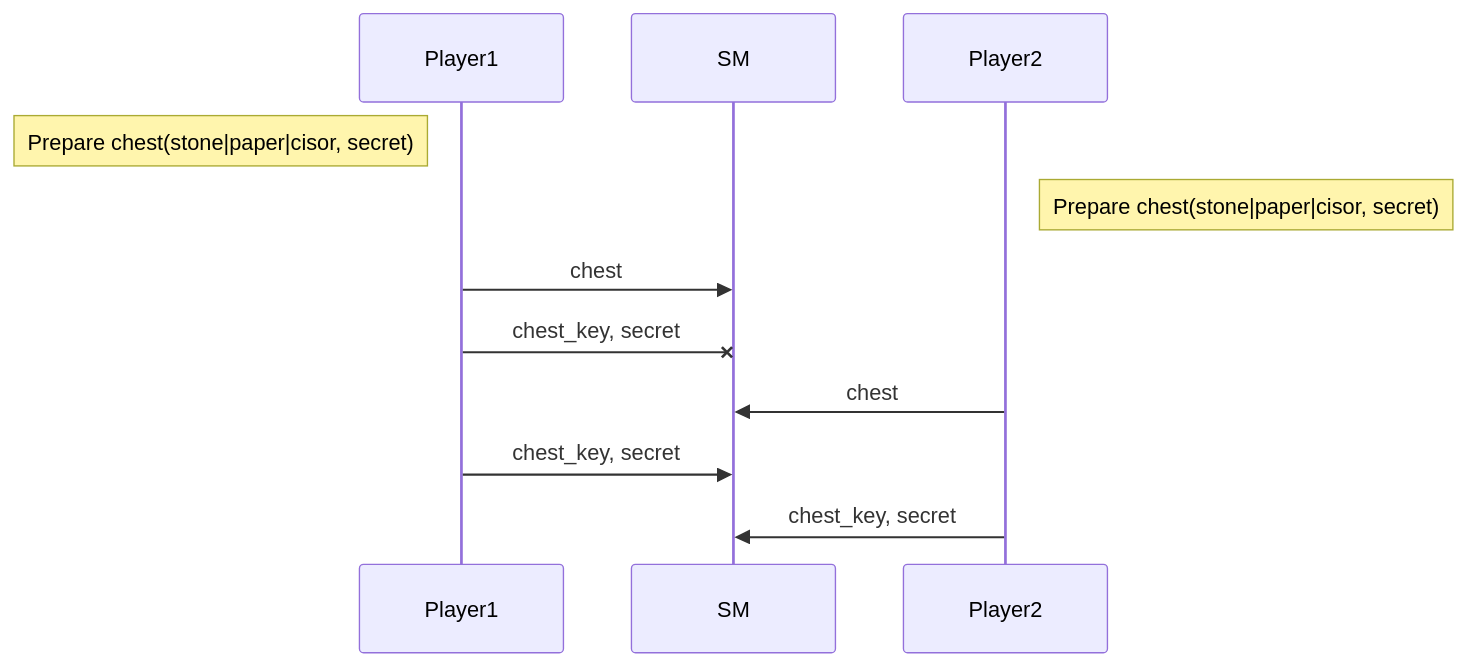
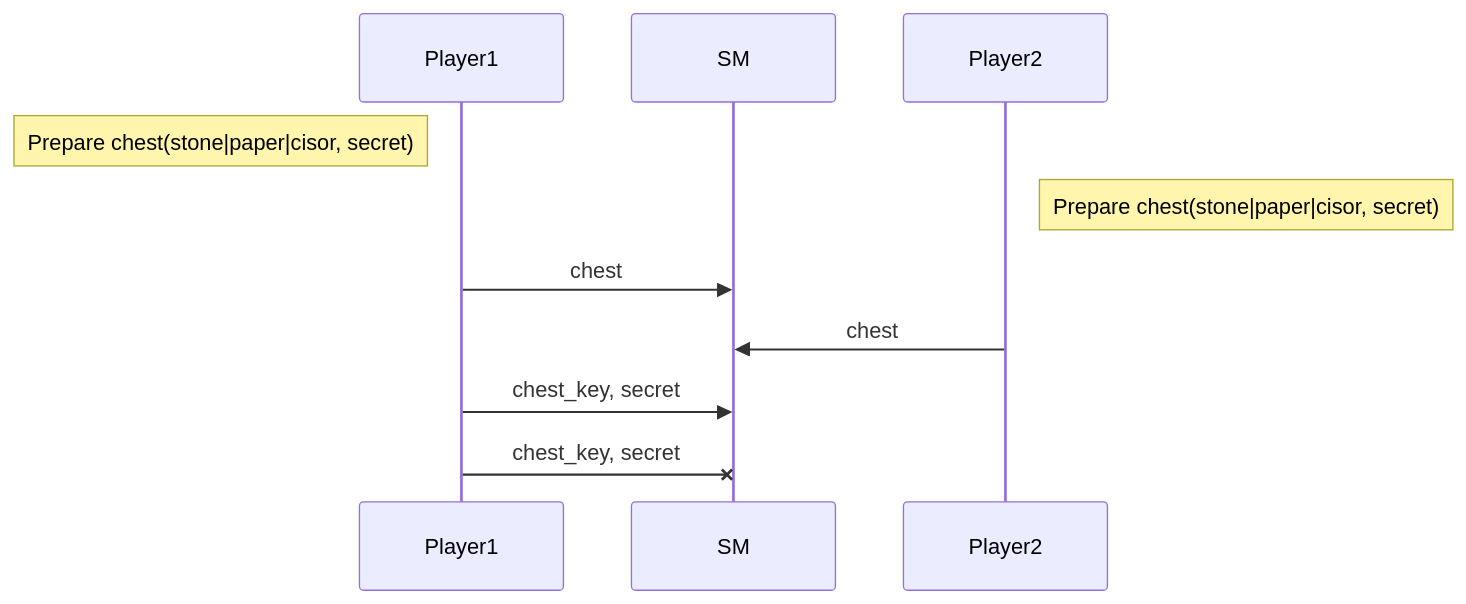
One commit to ligolang/jsligo-training-dapp-shifumi changed the fourth of 4 diagrams in README.md. Above: the diagram before and after it, drawn with Mermaid. The commit also changed other lines of this file, not shown here.

````diff
--- a/README.md
+++ b/README.md
@@ -44,13 +74,12 @@
 ```mermaid
 sequenceDiagram
   participant Player1
   participant SM
   participant Player2
   Note left of Player1: Prepare chest(stone|paper|cisor, secret)
   Note right of Player2: Prepare chest(stone|paper|cisor, secret)
   Player1->>SM: chest
-  Player1-xSM: chest_key, secret
   Player2->>SM: chest
   Player1->>SM: chest_key, secret
-  Player2->>SM: chest_key, secret
+  Player1-xSM: chest_key, secret
 ```
````
